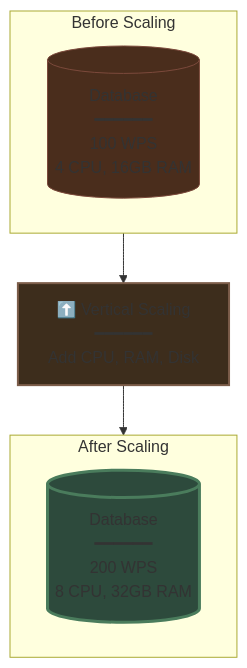
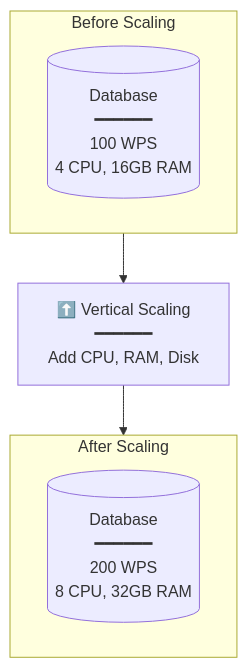
The fourth of 21 diagrams in system design beginner/8. Sharding and Partitioning.md (Yash-Kavaiya/The-System-Design-Masterclass), drawn with Mermaid before and after one commit. The commit also changed other lines of this file, not shown here.

````diff
--- a/system design beginner/8. Sharding and Partitioning.md
+++ b/system design beginner/8. Sharding and Partitioning.md
@@ -82,18 +76,15 @@
 ```mermaid
 graph TB
     subgraph Before["Before Scaling"]
         DB1[(Database<br/>━━━━━━<br/>100 WPS<br/>4 CPU, 16GB RAM)]
     end
     
     UPGRADE[⬆️ Vertical Scaling<br/>━━━━━━<br/>Add CPU, RAM, Disk]
     
     subgraph After["After Scaling"]
         DB2[(Database<br/>━━━━━━<br/>200 WPS<br/>8 CPU, 32GB RAM)]
     end
     
     Before --> UPGRADE --> After
     
-    style DB1 fill:#4a2d1c,stroke:#7c4a3c
-    style UPGRADE fill:#3d2d1c,stroke:#7c5d4a,stroke-width:2px
-    style DB2 fill:#2d4a3c,stroke:#4a7c5c,stroke-width:3px
 ```
````
